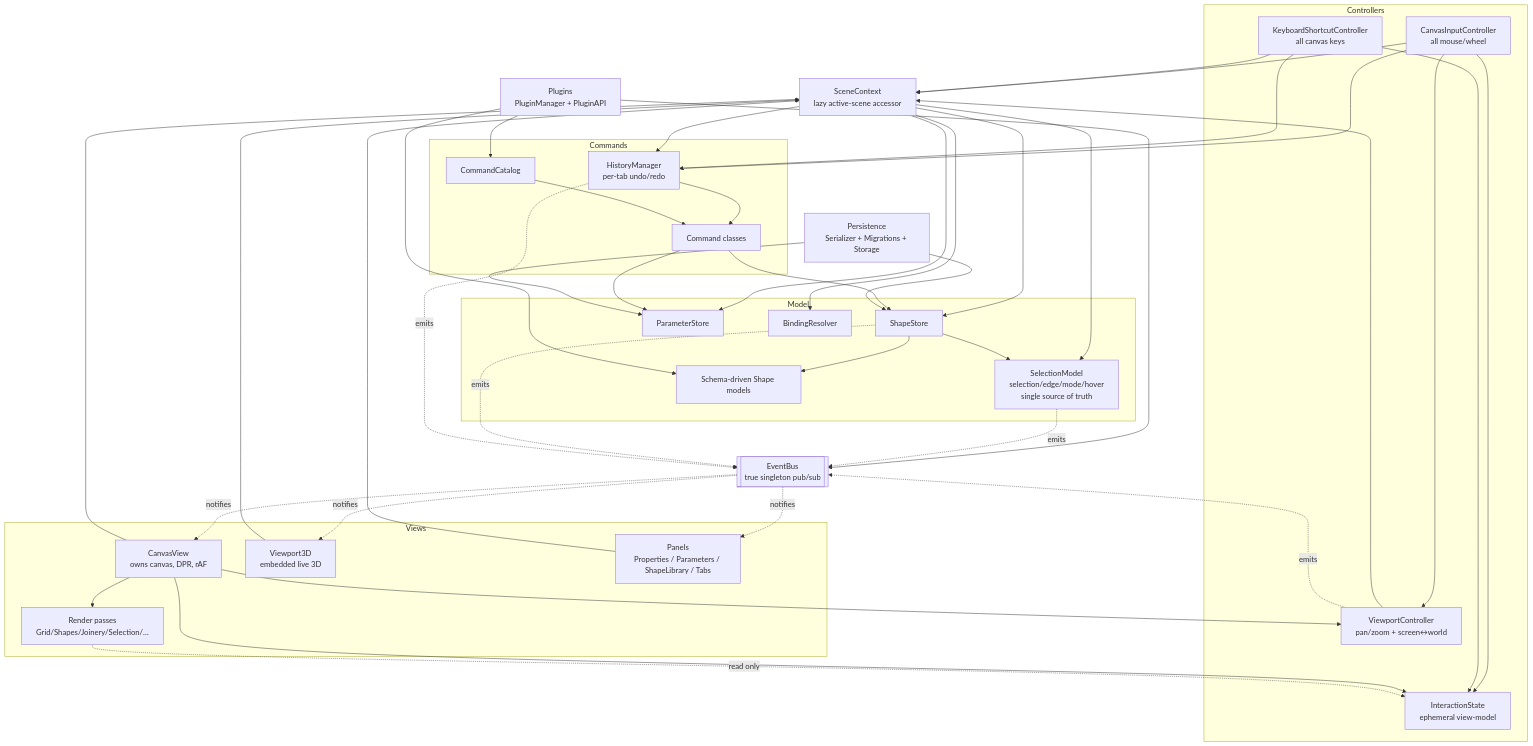
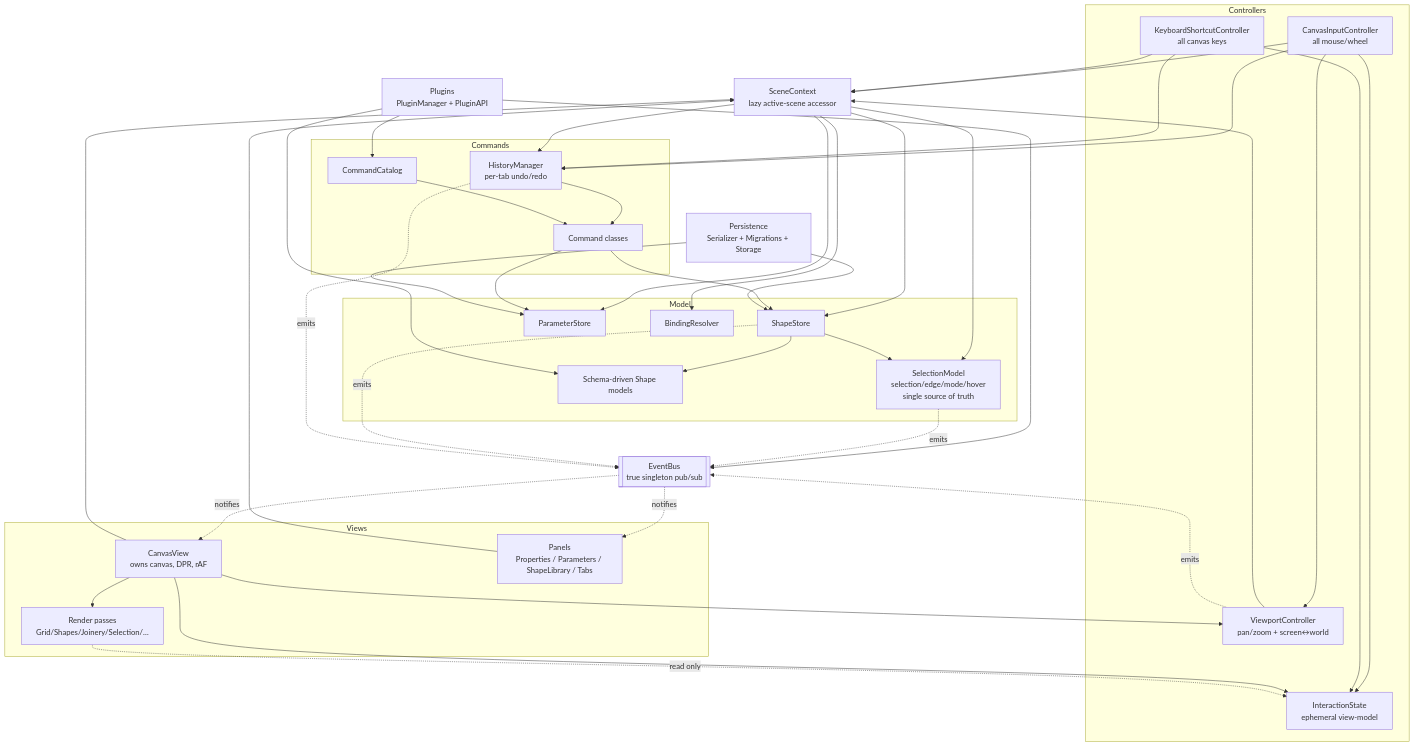
One commit to IdeaLab-Design-Environments-Group/otto changed the first of 2 diagrams in src/ARCHITECTURE.md. Above: the diagram before and after it, drawn with Mermaid. The commit also changed other lines of this file and 2 other files, not shown here.

Commit message:
docs: Remove stale STL and 3D viewport notes

````diff
--- a/src/ARCHITECTURE.md
+++ b/src/ARCHITECTURE.md
@@ -39,58 +39,56 @@
 ```mermaid
 flowchart TD
     subgraph Controllers
         CIC[CanvasInputController<br/>all mouse/wheel]
         KSC[KeyboardShortcutController<br/>all canvas keys]
         VPC[ViewportController<br/>pan/zoom + screen↔world]
         IS[InteractionState<br/>ephemeral view-model]
     end
 
     subgraph Views
         CV[CanvasView<br/>owns canvas, DPR, rAF]
         PASSES[Render passes<br/>Grid/Shapes/Joinery/Selection/…]
-        V3D[Viewport3D<br/>embedded live 3D]
         PANELS[Panels<br/>Properties / Parameters / ShapeLibrary / Tabs]
     end
 
     subgraph Model
         SM[SelectionModel<br/>selection/edge/mode/hover<br/>single source of truth]
         SS[ShapeStore]
         PS[ParameterStore]
         BR[BindingResolver]
         SHAPES[Schema-driven Shape models]
     end
 
     subgraph Commands
         HM[HistoryManager<br/>per-tab undo/redo]
         CMDS[Command classes]
         CAT[CommandCatalog]
     end
 
     SCTX[SceneContext<br/>lazy active-scene accessor]
     EB[[EventBus<br/>true singleton pub/sub]]
     PERS[Persistence<br/>Serializer + Migrations + Storage]
     PLUG[Plugins<br/>PluginManager + PluginAPI]
 
     CIC --> SCTX & IS & VPC & HM
     KSC --> SCTX & IS & HM
     VPC --> SCTX
     CV --> PASSES
     CV --> SCTX & IS & VPC
     PASSES -. read only .-> IS
-    V3D --> SCTX
     PANELS --> SCTX
     SCTX --> SS & PS & BR & SM & HM
     HM --> CMDS
     CMDS --> SS & PS
     CAT --> CMDS
     SS --> SM
     SS --> SHAPES
     PERS --> SS & PS
     PLUG --> CAT & SHAPES & EB
 
     SM -. emits .-> EB
     SS -. emits .-> EB
     HM -. emits .-> EB
     VPC -. emits .-> EB
-    EB -. notifies .-> CV & V3D & PANELS
+    EB -. notifies .-> CV & PANELS
 ```
````
